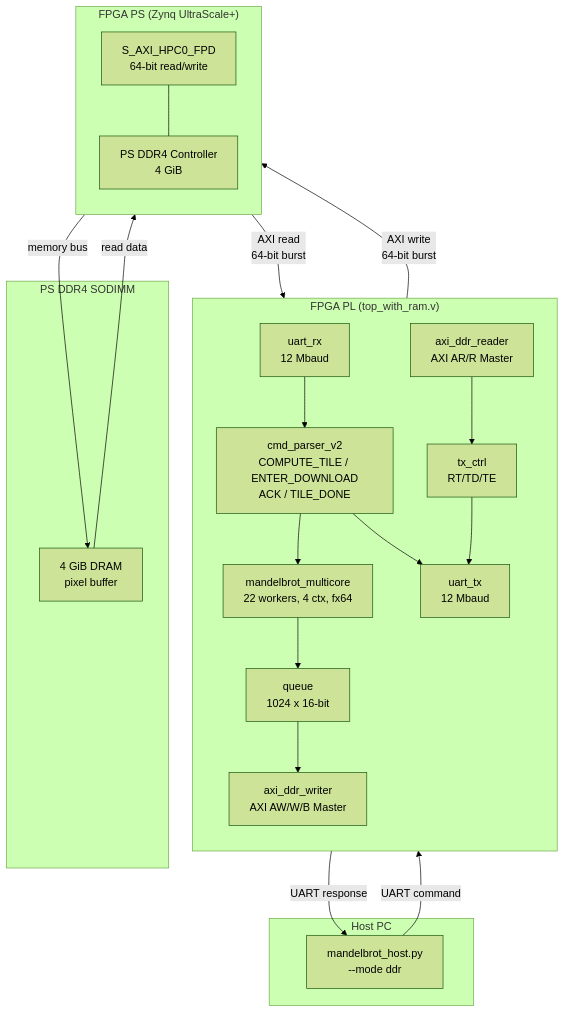
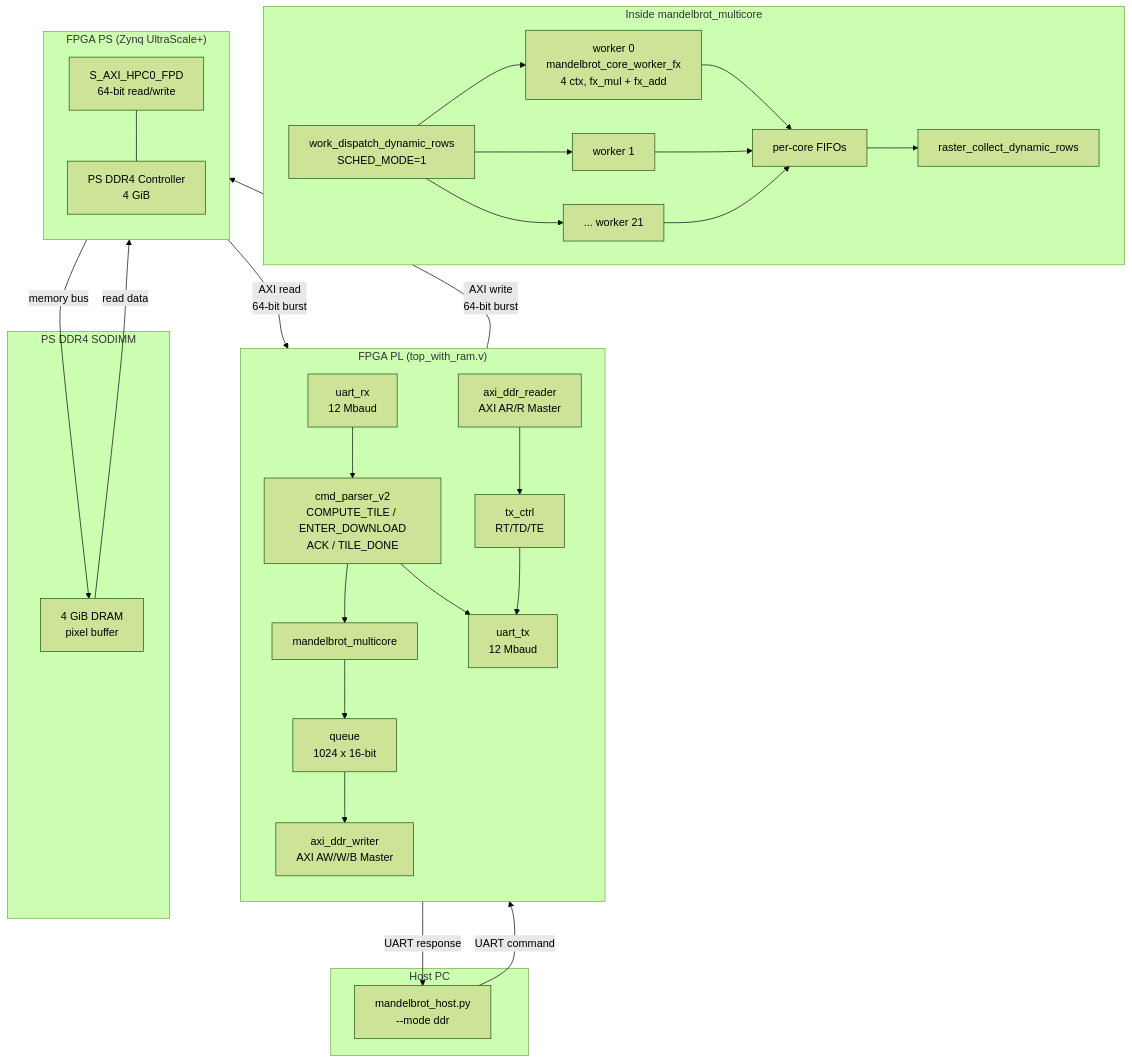
One commit to RESBI/FPGA-Mandelbrot-Demo changed the second of 4 diagrams in README.md. Above: the diagram before and after it, drawn with Mermaid (forest theme).

Commit message:
Restore worker detail in RTL structure diagram
Add 'Inside mandelbrot_multicore' subgraph showing:
- work_dispatch_dynamic_rows dispatcher
- 22 x mandelbrot_core_worker_fx (worker 0 detail with 4 ctx, fx_mul + fx_add)
- per-core FIFOs
- raster_collect_dynamic_rows collector

````diff
--- a/README.md
+++ b/README.md
@@ -171,46 +171,63 @@
 ```mermaid
 flowchart TB
     subgraph HOST["Host PC"]
         CLI["mandelbrot_host.py<br/>--mode ddr"]
     end
 
     subgraph PL["FPGA PL (top_with_ram.v)"]
         direction TB
         URX["uart_rx<br/>12 Mbaud"]
         CMD["cmd_parser_v2<br/>COMPUTE_TILE / ENTER_DOWNLOAD<br/>ACK / TILE_DONE"]
-        CORE["mandelbrot_multicore<br/>22 workers, 4 ctx, fx64"]
+        CORE["mandelbrot_multicore"]
         FIFO["queue<br/>1024 x 16-bit"]
         AXIW["axi_ddr_writer<br/>AXI AW/W/B Master"]
         AXIR["axi_ddr_reader<br/>AXI AR/R Master"]
         TXC["tx_ctrl<br/>RT/TD/TE"]
         UTX["uart_tx<br/>12 Mbaud"]
 
         URX --> CMD
         CMD --> CORE
         CORE --> FIFO
         FIFO --> AXIW
         AXIR --> TXC
         TXC --> UTX
         CMD --> UTX
+    end
+
+    subgraph MC["Inside mandelbrot_multicore"]
+        DISP["work_dispatch_dynamic_rows<br/>SCHED_MODE=1"]
+        W0["worker 0<br/>mandelbrot_core_worker_fx<br/>4 ctx, fx_mul + fx_add"]
+        W1["worker 1"]
+        WN["... worker 21"]
+        CFIFO["per-core FIFOs"]
+        MERGE["raster_collect_dynamic_rows"]
+
+        DISP --> W0
+        DISP --> W1
+        DISP --> WN
+        W0 --> CFIFO
+        W1 --> CFIFO
+        WN --> CFIFO
+        CFIFO --> MERGE
     end
 
     subgraph PS["FPGA PS (Zynq UltraScale+)"]
         direction TB
         DDR["PS DDR4 Controller<br/>4 GiB"]
         HPC0["S_AXI_HPC0_FPD<br/>64-bit read/write"]
         HPC0 --- DDR
     end
 
     subgraph DRAM["PS DDR4 SODIMM"]
         MEM["4 GiB DRAM<br/>pixel buffer"]
     end
 
     CLI -->|"UART command"| URX
     UTX -->|"UART response"| CLI
 
     AXIW -->|"AXI write<br/>64-bit burst"| HPC0
     HPC0 -->|"AXI read<br/>64-bit burst"| AXIR
 
     DDR -->|"memory bus"| MEM
     MEM -->|"read data"| DDR
 ```
````
